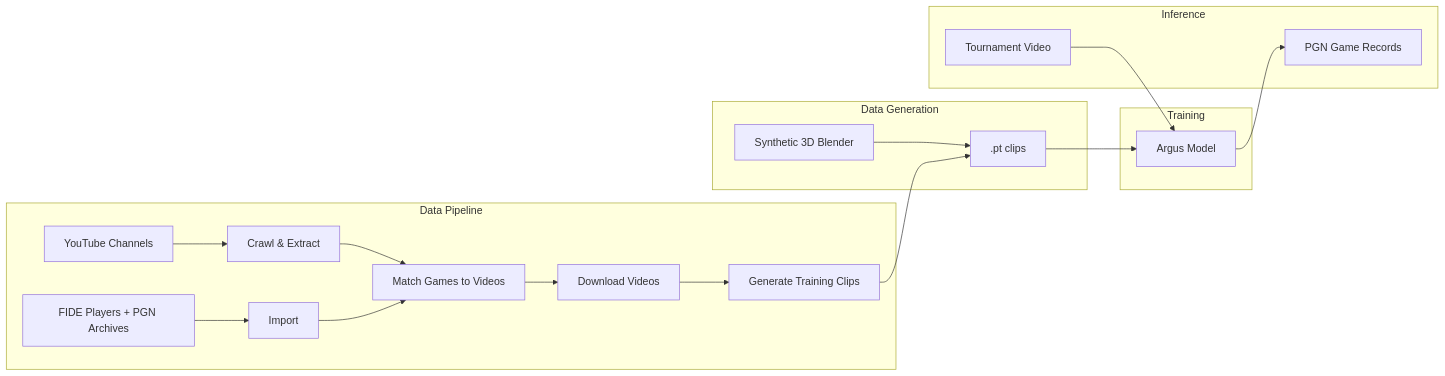
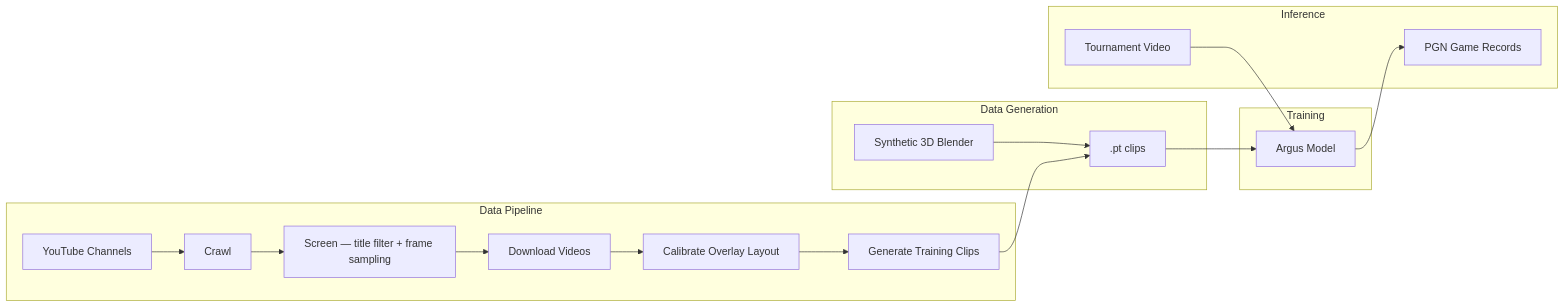
The second of 8 diagrams in README.md (dscape/argus), drawn with Mermaid before and after one commit. The commit also changed other lines of this file and 48 other files, not shown here.

````diff
--- a/README.md
+++ b/README.md
@@ -55,25 +54,24 @@
 ```mermaid
 graph LR
     subgraph "Data Pipeline"
-        A[YouTube Channels] --> B[Crawl & Extract]
-        C[FIDE Players + PGN Archives] --> D[Import]
-        B --> E[Match Games to Videos]
-        D --> E
-        E --> F[Download Videos]
-        F --> G[Generate Training Clips]
+        A[YouTube Channels] --> B[Crawl]
+        B --> C[Screen — title filter + frame sampling]
+        C --> D[Download Videos]
+        D --> E[Calibrate Overlay Layout]
+        E --> F[Generate Training Clips]
     end
 
     subgraph "Data Generation"
         SYN[Synthetic 3D Blender] --> CLIPS[".pt clips"]
-        G --> CLIPS
+        F --> CLIPS
     end
 
     subgraph "Training"
         CLIPS --> MODEL[Argus Model]
     end
 
     subgraph "Inference"
         VID[Tournament Video] --> MODEL
         MODEL --> PGN[PGN Game Records]
     end
 ```
````
